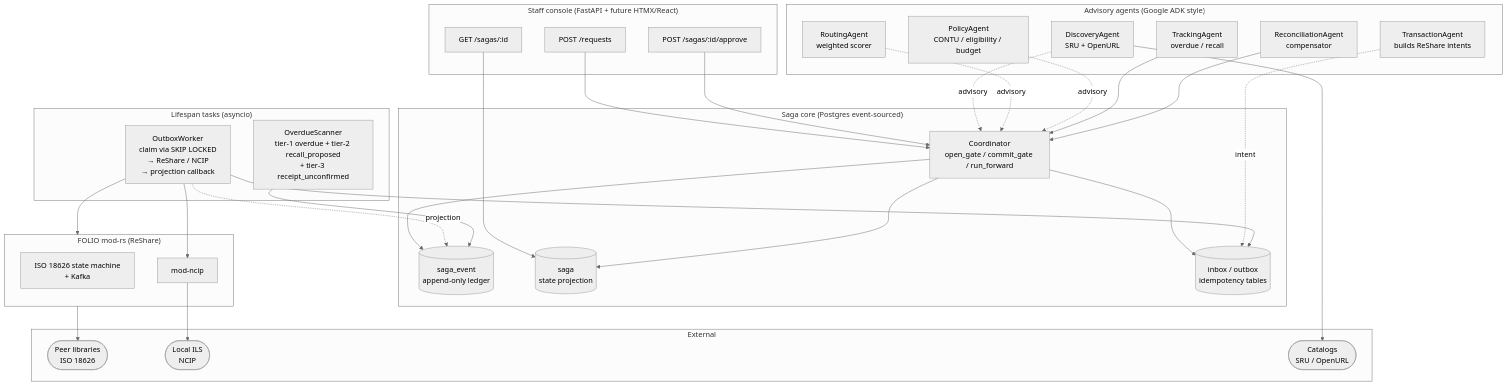
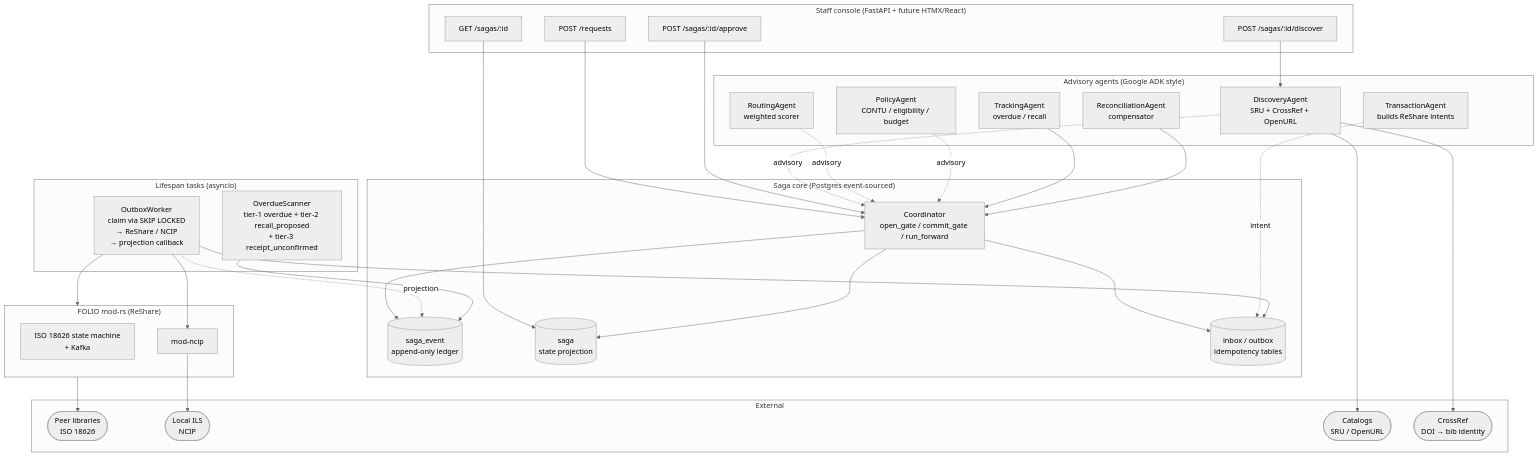
One commit to gmanch94/agora changed the first of 5 diagrams in docs/architecture.md. Above: the diagram before and after it, drawn with Mermaid. The commit also changed other lines of this file and 8 other files, not shown here.

````diff
--- a/docs/architecture.md
+++ b/docs/architecture.md
@@ -24,69 +26,73 @@
 ```mermaid
 ---
 config:
   theme: neutral
 ---
 flowchart TB
     subgraph UI["Staff console (FastAPI + future HTMX/React)"]
         UI_REQ["POST /requests"]
         UI_SAGA["GET /sagas/:id"]
         UI_APPROVE["POST /sagas/:id/approve"]
+        UI_DISCOVER["POST /sagas/:id/discover"]
     end
 
     subgraph AGENTS["Advisory agents (Google ADK style)"]
-        DISC["DiscoveryAgent<br/>SRU + OpenURL"]
+        DISC["DiscoveryAgent<br/>SRU + CrossRef + OpenURL"]
         ROUTE["RoutingAgent<br/>weighted scorer"]
         POL["PolicyAgent<br/>CONTU / eligibility / budget"]
         TX["TransactionAgent<br/>builds ReShare intents"]
         TRK["TrackingAgent<br/>overdue / recall"]
         REC["ReconciliationAgent<br/>compensator"]
     end
 
     subgraph SAGA["Saga core (Postgres event-sourced)"]
         COORD["Coordinator<br/>open_gate / commit_gate / run_forward"]
         LEDGER[("saga_event<br/>append-only ledger")]
         SAGAS[("saga<br/>state projection")]
         IDEM[("inbox / outbox<br/>idempotency tables")]
     end
 
     subgraph WORKERS["Lifespan tasks (asyncio)"]
         OUTW["OutboxWorker<br/>claim via SKIP LOCKED<br/>→ ReShare / NCIP<br/>→ projection callback"]
         SCAN["OverdueScanner<br/>tier-1 overdue + tier-2 recall_proposed<br/>+ tier-3 receipt_unconfirmed"]
     end
 
     subgraph RESHARE["FOLIO mod-rs (ReShare)"]
         MODRS["ISO 18626 state machine<br/>+ Kafka"]
         MODNCIP["mod-ncip"]
     end
 
     subgraph EXT["External"]
         PEERS(["Peer libraries<br/>ISO 18626"])
         ILS(["Local ILS<br/>NCIP"])
         CAT(["Catalogs<br/>SRU / OpenURL"])
+        XREF(["CrossRef<br/>DOI → bib identity"])
     end
 
     UI_REQ --> COORD
     UI_APPROVE --> COORD
     UI_SAGA --> SAGAS
+    UI_DISCOVER --> DISC
 
     COORD --> LEDGER
     COORD --> SAGAS
     COORD --> IDEM
 
     DISC -.advisory.-> COORD
     ROUTE -.advisory.-> COORD
     POL  -.advisory.-> COORD
     TX   -.intent.-> IDEM
     TRK  --> COORD
     REC  --> COORD
 
     OUTW --> IDEM
     OUTW --> RESHARE
     OUTW --> MODNCIP
     OUTW -.projection.-> LEDGER
     SCAN --> LEDGER
 
     DISC --> CAT
+    DISC --> XREF
     RESHARE --> PEERS
     MODNCIP --> ILS
 ```
````
